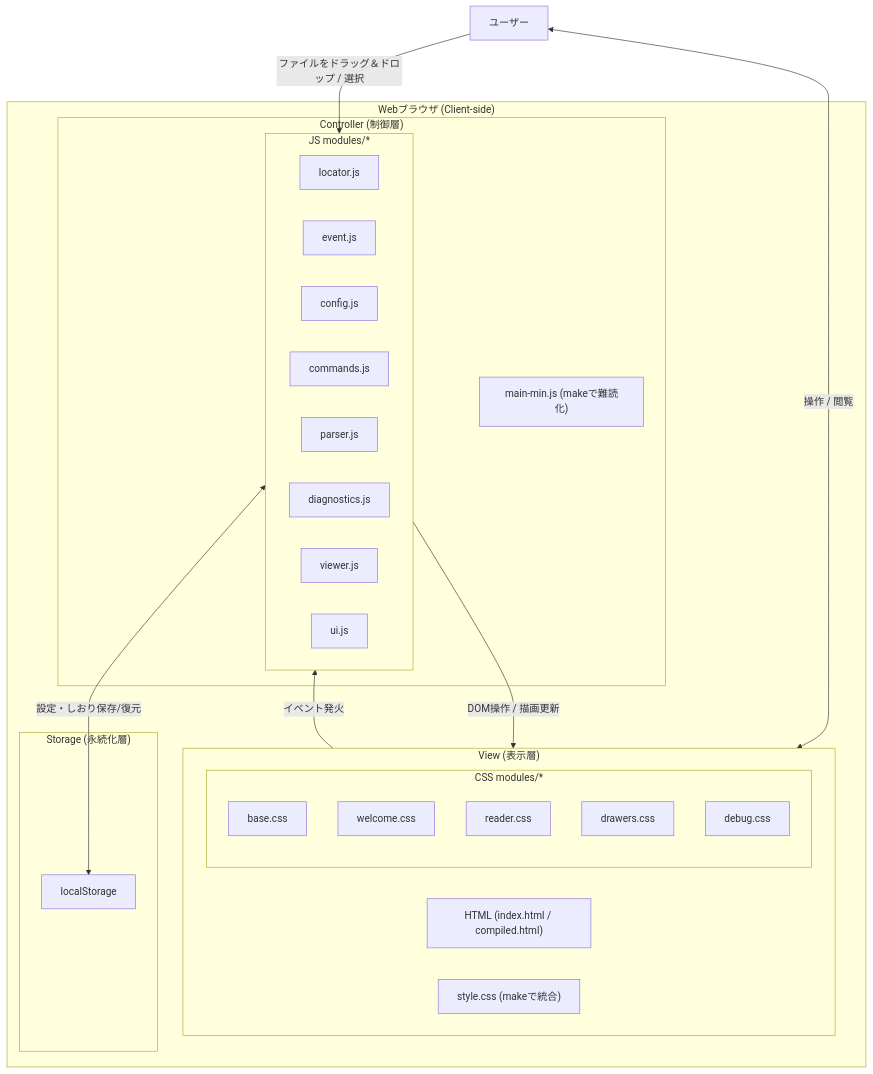
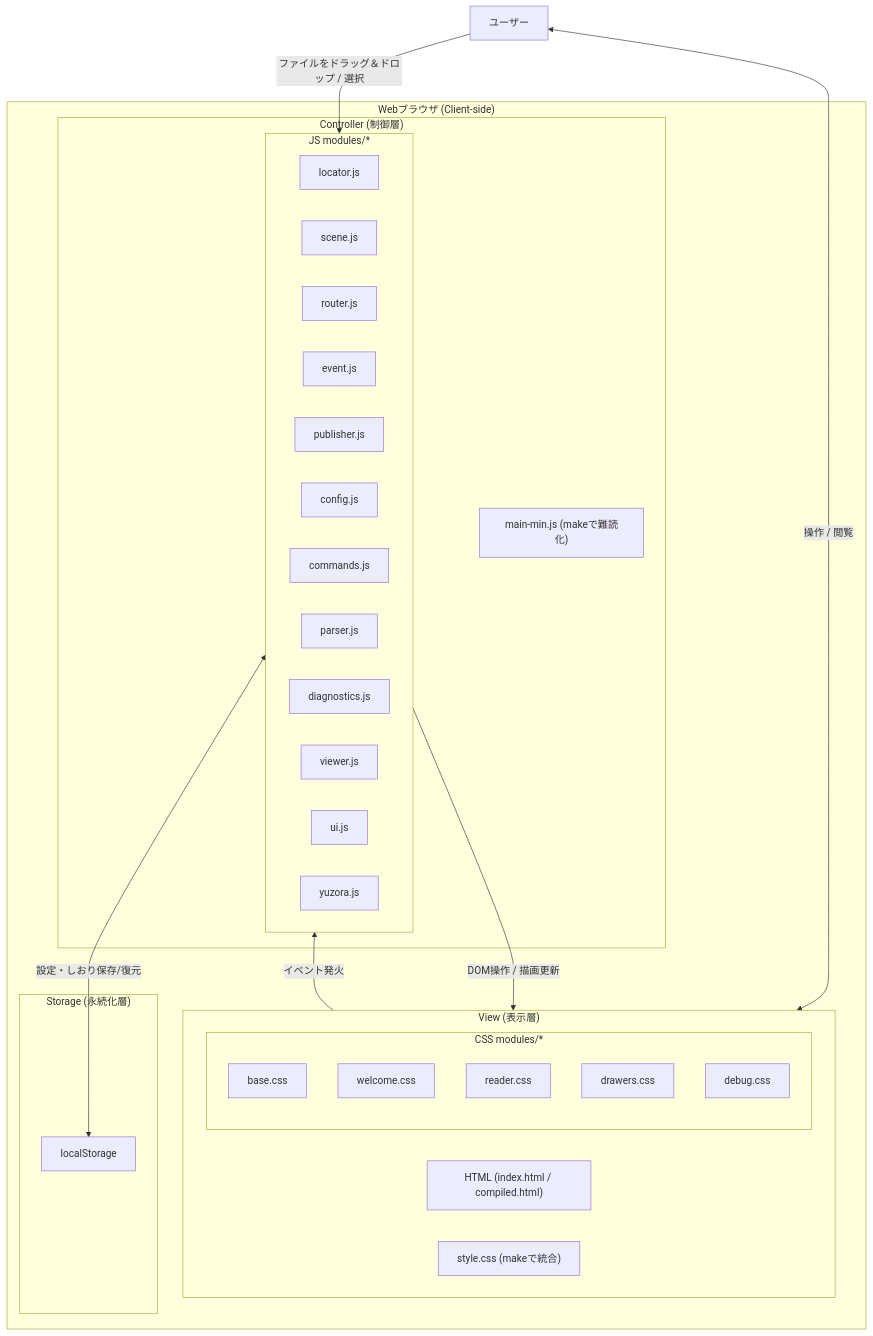
Before and after one commit to rokujyouhitoma/yuzora: the first of 4 diagrams in docs/DSN-01-high_level_design.md, drawn with Mermaid. The commit also changed other lines of this file and 7 other files, not shown here.

````diff
--- a/docs/DSN-01-high_level_design.md
+++ b/docs/DSN-01-high_level_design.md
@@ -13,40 +13,44 @@
 ```mermaid
 graph TD
     subgraph Browser["Webブラウザ (Client-side)"]
         subgraph View["View (表示層)"]
             HTML["HTML (index.html / compiled.html)"]
             subgraph CSSModules["CSS modules/*"]
                 CSS_Base["base.css"]
                 CSS_Welcome["welcome.css"]
                 CSS_Reader["reader.css"]
                 CSS_Drawers["drawers.css"]
                 CSS_Debug["debug.css"]
             end
             CSS_Bundle["style.css (makeで統合)"]
         end
         
         subgraph Controller["Controller (制御層)"]
             subgraph JSModules["JS modules/*"]
                 JS_Locator["locator.js"]
+                JS_Scene["scene.js"]
+                JS_Router["router.js"]
                 JS_Event["event.js"]
+                JS_Publisher["publisher.js"]
                 JS_Config["config.js"]
                 JS_Cmds["commands.js"]
                 JS_Parser["parser.js"]
                 JS_Diag["diagnostics.js"]
                 JS_Viewer["viewer.js"]
                 JS_UI["ui.js"]
+                JS_Yuzora["yuzora.js"]
             end
             JS_Bundle["main-min.js (makeで難読化)"]
         end
         
         subgraph Storage["Storage (永続化層)"]
             LocalStorage["localStorage"]
         end
     end
     
     User["ユーザー"] <-->|"操作 / 閲覧"| View
     View -->|"イベント発火"| JSModules
     JSModules -->|"DOM操作 / 描画更新"| View
     JSModules <-->|"設定・しおり保存/復元"| LocalStorage
     User -->|"ファイルをドラッグ＆ドロップ / 選択"| JSModules
 ```
````
